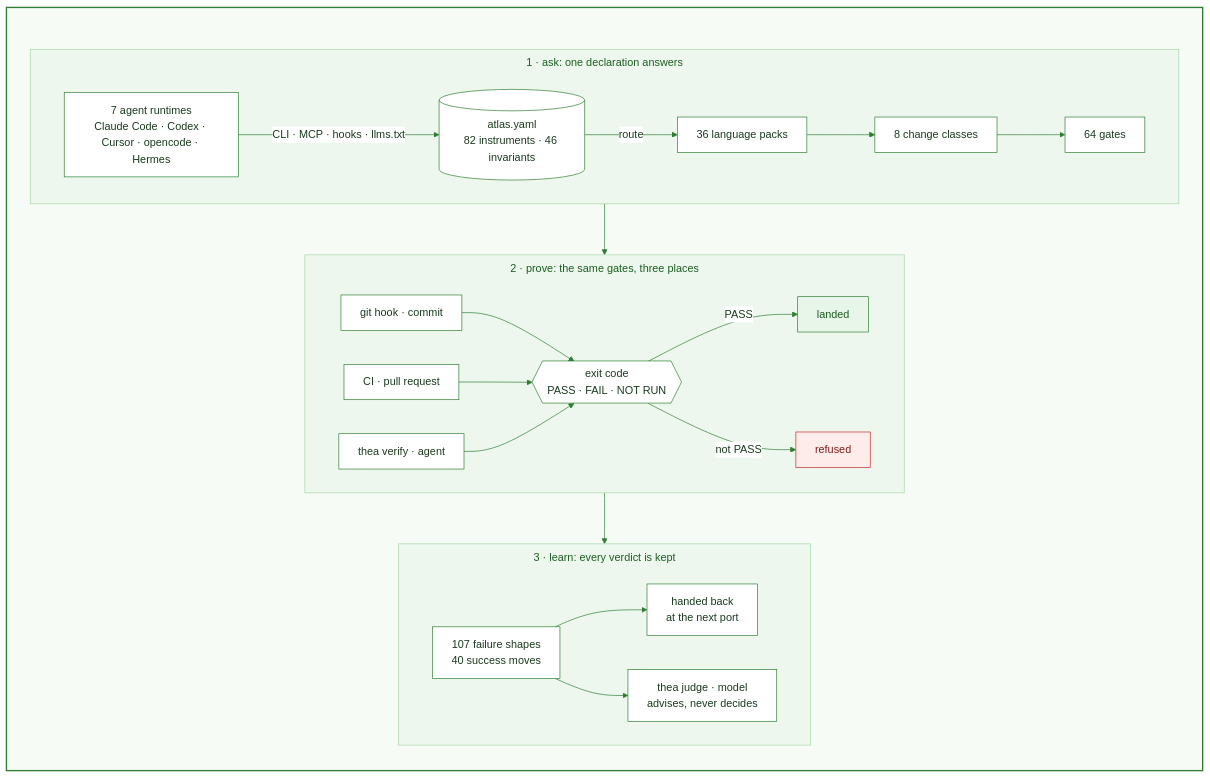
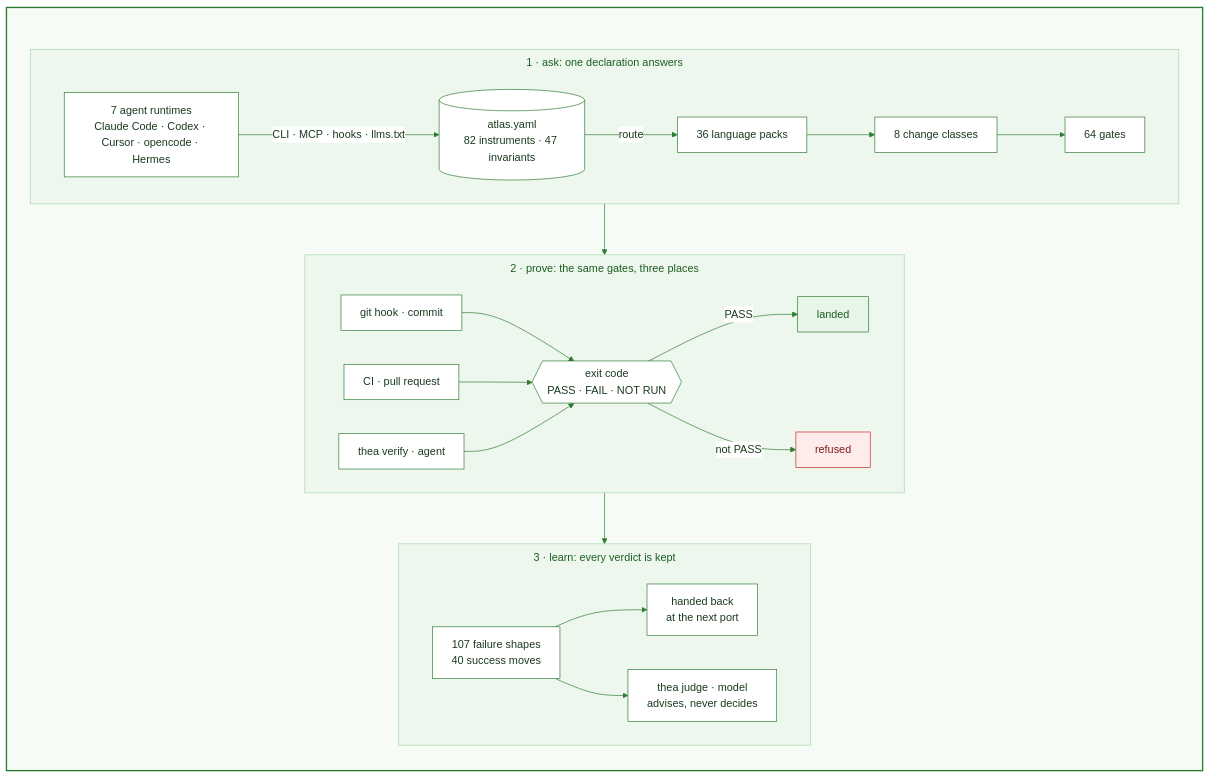
One commit to HLIntel/Headron changed the diagram in README.md. Above: the diagram before and after it, drawn with Mermaid. The commit also changed other lines of this file and 16 other files, not shown here.

````diff
--- a/README.md
+++ b/README.md
@@ -39,45 +39,45 @@
 ```mermaid
 ---
 config:
   theme: base
   themeVariables:
     primaryColor: "#ffffff"
     primaryBorderColor: "#2e7d32"
     primaryTextColor: "#1b3a1f"
     lineColor: "#2e7d32"
     clusterBkg: "#eef7ee"
     clusterBorder: "#a5d6a7"
     titleColor: "#1b5e20"
   flowchart:
     subGraphTitleMargin: {top: 8, bottom: 16}
     padding: 14
 ---
 flowchart TB
   accTitle: How Thea proves a change
   accDescr: 7 runtimes ask, atlas.yaml routes to 1 of 36 packs and 64 gates, the same gates run at commit, in CI and in thea verify, anything but PASS is refused, verdicts feed the failure and success ledgers, a trained judge only advises
   subgraph thea [" "]
     direction TB
     subgraph ask [1 · ask: one declaration answers]
       direction LR
-      A[7 agent runtimes<br>Claude Code · Codex · Cursor · opencode · Hermes] -->|CLI · MCP · hooks · llms.txt| D[(atlas.yaml<br>82 instruments · 46 invariants)]
+      A[7 agent runtimes<br>Claude Code · Codex · Cursor · opencode · Hermes] -->|CLI · MCP · hooks · llms.txt| D[(atlas.yaml<br>82 instruments · 47 invariants)]
       D -->|route| P[36 language packs] --> K[8 change classes] --> G[64 gates]
     end
     subgraph run [2 · prove: the same gates, three places]
       direction LR
       H[git hook · commit] & C[CI · pull request] & R[thea verify · agent] --> V{{exit code<br>PASS · FAIL · NOT RUN}}
       V -->|PASS| M[landed]
       V -->|not PASS| X[refused]
     end
     subgraph learn [3 · learn: every verdict is kept]
       direction LR
       F[107 failure shapes<br>40 success moves] --> N[handed back<br>at the next port]
       F --> J[thea judge · model<br>advises, never decides]
     end
     ask --> run --> learn
   end
   style thea fill:#f6fbf6,stroke:#2e7d32,stroke-width:2px
   classDef stop fill:#fdecea,stroke:#c62828,color:#7f1d1d
   classDef go fill:#e8f5e9,stroke:#2e7d32,color:#1b5e20
   class X stop
   class M go
 ```
````
